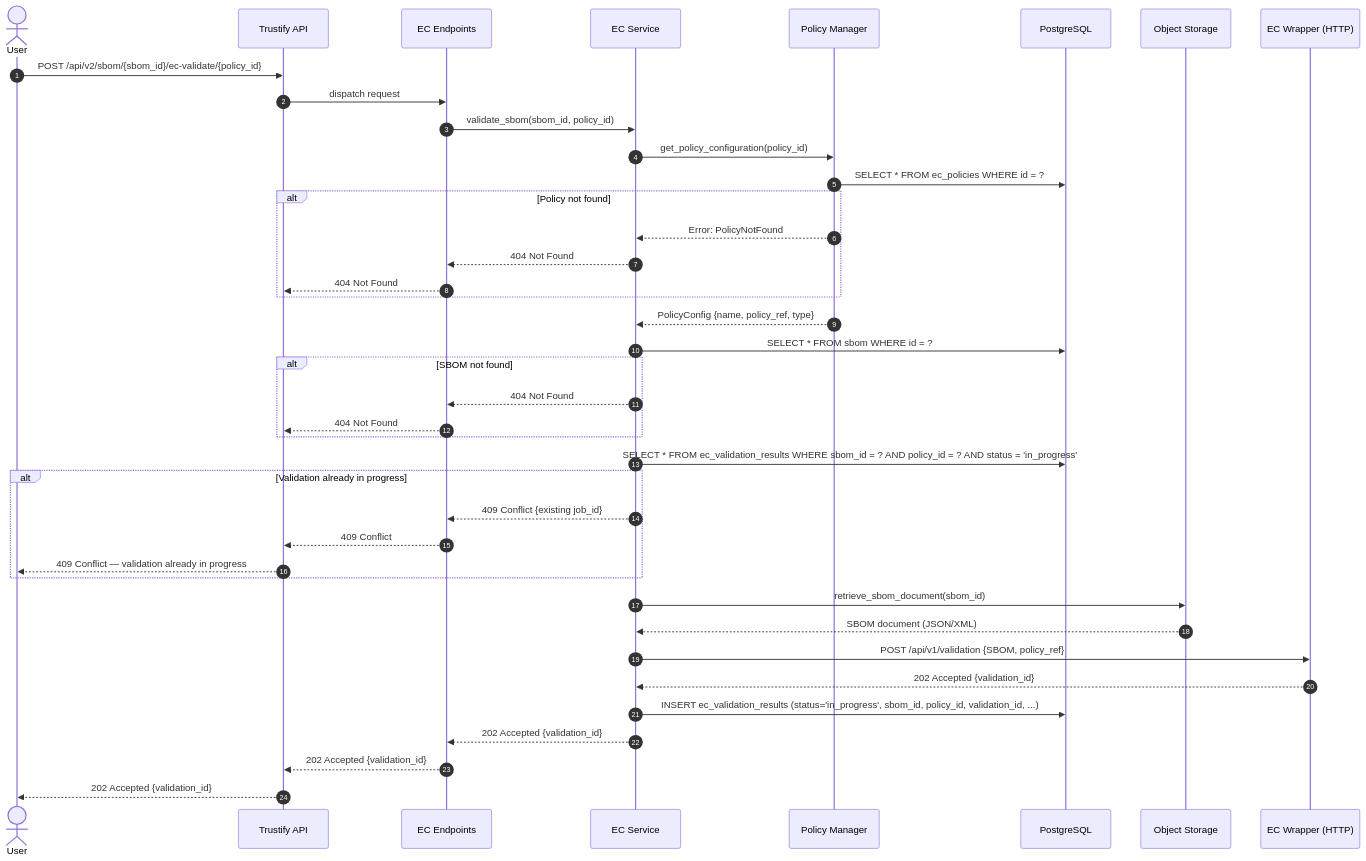
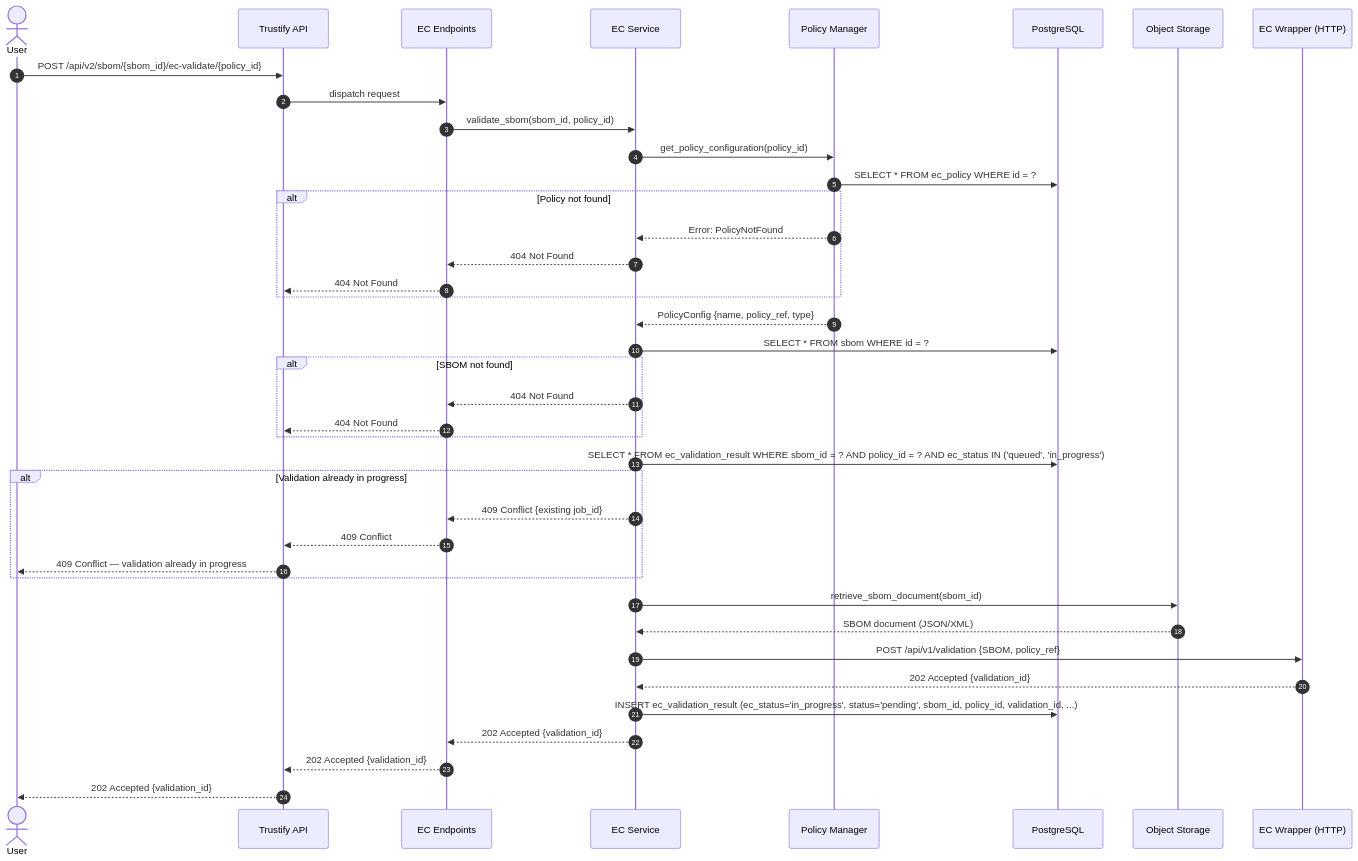
The fourth of 5 diagrams in docs/adrs/00014-enterprise-contract-integration.md (gildub/trustify), drawn with Mermaid before and after one commit. The commit also changed other lines of this file, not shown here.

````diff
--- a/docs/adrs/00014-enterprise-contract-integration.md
+++ b/docs/adrs/00014-enterprise-contract-integration.md
@@ -215,49 +224,49 @@
 ```mermaid
 sequenceDiagram
     autonumber
     actor User
     participant API as Trustify API
     participant EP as EC Endpoints
     participant VS as EC Service
     participant PM as Policy Manager
     participant DB as PostgreSQL
     participant S3 as Object Storage
     participant Wrapper as EC Wrapper (HTTP)
 
     User->>API: POST /api/v2/sbom/{sbom_id}/ec-validate/{policy_id}
     API->>EP: dispatch request
     EP->>VS: validate_sbom(sbom_id, policy_id)
 
     VS->>PM: get_policy_configuration(policy_id)
-    PM->>DB: SELECT * FROM ec_policies WHERE id = ?
+    PM->>DB: SELECT * FROM ec_policy WHERE id = ?
     alt Policy not found
         PM-->>VS: Error: PolicyNotFound
         VS-->>EP: 404 Not Found
         EP-->>API: 404 Not Found
     end
     PM-->>VS: PolicyConfig {name, policy_ref, type}
 
     VS->>DB: SELECT * FROM sbom WHERE id = ?
     alt SBOM not found
         VS-->>EP: 404 Not Found
         EP-->>API: 404 Not Found
     end
 
-    VS->>DB: SELECT * FROM ec_validation_results WHERE sbom_id = ? AND policy_id = ? AND status = 'in_progress'
+    VS->>DB: SELECT * FROM ec_validation_result WHERE sbom_id = ? AND policy_id = ? AND ec_status IN ('queued', 'in_progress')
     alt Validation already in progress
         VS-->>EP: 409 Conflict {existing job_id}
         EP-->>API: 409 Conflict
         API-->>User: 409 Conflict — validation already in progress
     end
 
     VS->>S3: retrieve_sbom_document(sbom_id)
     S3-->>VS: SBOM document (JSON/XML)
 
     VS->>Wrapper: POST /api/v1/validation {SBOM, policy_ref}
     Wrapper-->>VS: 202 Accepted {validation_id}
 
-    VS->>DB: INSERT ec_validation_results (status='in_progress', sbom_id, policy_id, validation_id, ...)
+    VS->>DB: INSERT ec_validation_result (ec_status='in_progress', status='pending', sbom_id, policy_id, validation_id, ...)
     VS-->>EP: 202 Accepted {validation_id}
     EP-->>API: 202 Accepted {validation_id}
     API-->>User: 202 Accepted {validation_id}
 ```
````
